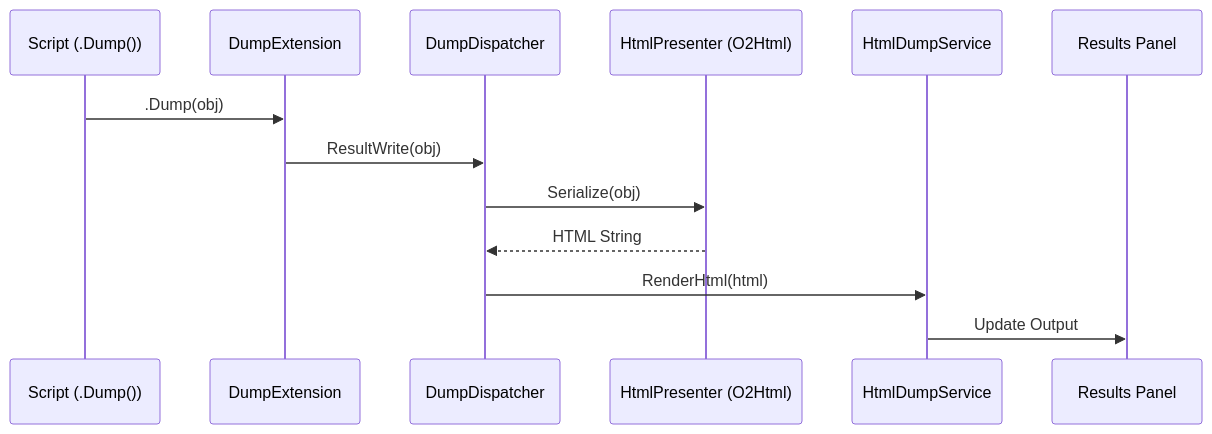
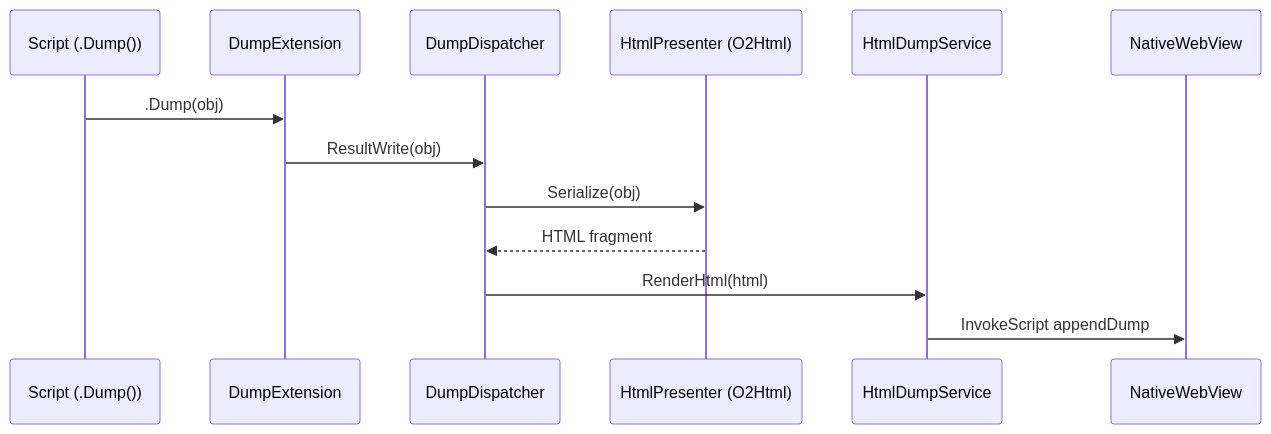
Before and after one commit to dasudiy/scratchpadsharp: the diagram in docs/dump-workflow.md, drawn with Mermaid. The commit also changed other lines of this file and 29 other files, not shown here.

First line of the commit message:
feat: Enhance output rendering with WebView integration and improved HTML handling

````diff
--- a/docs/dump-workflow.md
+++ b/docs/dump-workflow.md
@@ -52,16 +55,16 @@
 ```mermaid
 sequenceDiagram
     participant Script as Script (.Dump())
     participant Ext as DumpExtension
     participant Dispatcher as DumpDispatcher
     participant Presenter as HtmlPresenter (O2Html)
     participant Service as HtmlDumpService
-    participant UI as Results Panel
+    participant UI as NativeWebView
 
     Script->>Ext: .Dump(obj)
     Ext->>Dispatcher: ResultWrite(obj)
     Dispatcher->>Presenter: Serialize(obj)
-    Presenter-->>Dispatcher: HTML String
+    Presenter-->>Dispatcher: HTML fragment
     Dispatcher->>Service: RenderHtml(html)
-    Service->>UI: Update Output
+    Service->>UI: InvokeScript appendDump
 ```
````
